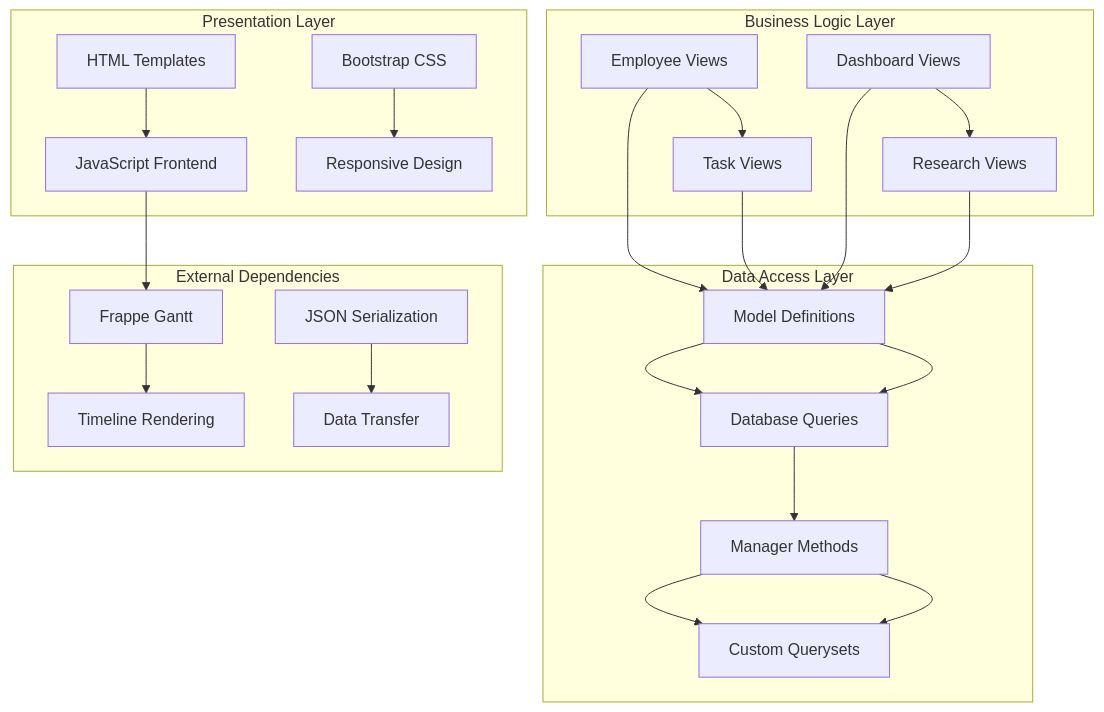
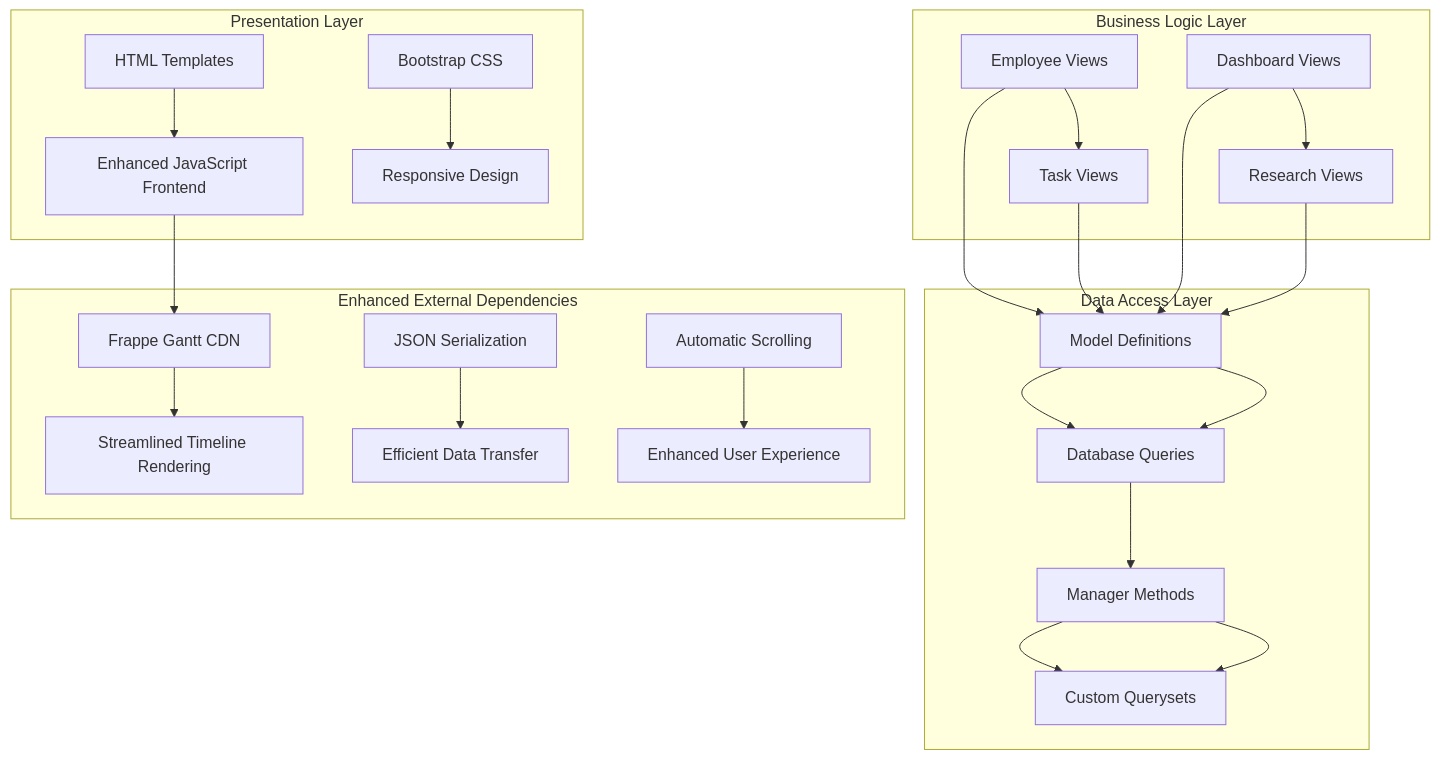
Before and after one commit to Pavel9474/task_manager: the fourth of 9 diagrams in .qoder/repowiki/en/content/User Interface and Templates/Gantt Chart Visualization System.md, drawn with Mermaid. The commit also changed other lines of this file and 11 other files, not shown here.

Commit message:
bars are added gantt correct, popup windows works

````diff
--- a/.qoder/repowiki/en/content/User Interface and Templates/Gantt Chart Visualization System.md
+++ b/.qoder/repowiki/en/content/User Interface and Templates/Gantt Chart Visualization System.md
@@ -203,27 +214,28 @@
 ```mermaid
 graph TB
 subgraph "Presentation Layer"
-A[HTML Templates] --> B[JavaScript Frontend]
+A[HTML Templates] --> B[Enhanced JavaScript Frontend]
 C[Bootstrap CSS] --> D[Responsive Design]
 end
 subgraph "Business Logic Layer"
 E[Employee Views] --> F[Task Views]
 G[Dashboard Views] --> H[Research Views]
 end
 subgraph "Data Access Layer"
 I[Model Definitions] --> J[Database Queries]
 K[Manager Methods] --> L[Custom Querysets]
 end
-subgraph "External Dependencies"
-M[Frappe Gantt] --> N[Timeline Rendering]
-O[JSON Serialization] --> P[Data Transfer]
+subgraph "Enhanced External Dependencies"
+M[Frappe Gantt CDN] --> N[Streamlined Timeline Rendering]
+O[JSON Serialization] --> P[Efficient Data Transfer]
+Q[Automatic Scrolling] --> R[Enhanced User Experience]
 end
 B --> M
 E --> I
 F --> I
 G --> I
 H --> I
 I --> J
 J --> K
 K --> L
 ```
````
